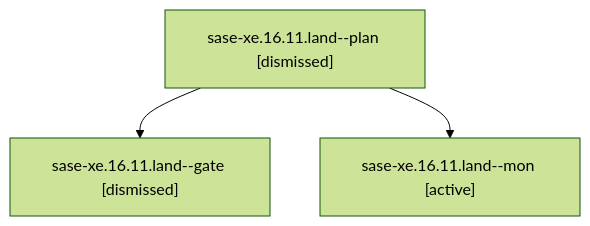
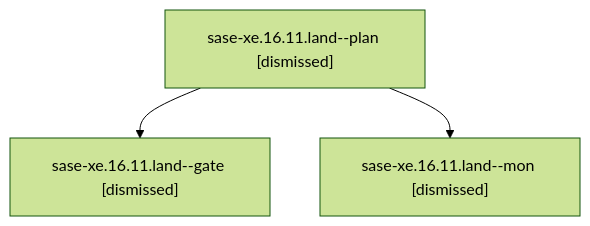
The diagram in sessions/bbugyi200.athena.sase-xe.16.11.land.md (sase-org/sase--agents), drawn with Mermaid (forest theme) before and after one commit. The commit also changed other lines of this file and 323 other files, not shown here.

````diff
--- a/sessions/bbugyi200.athena.sase-xe.16.11.land.md
+++ b/sessions/bbugyi200.athena.sase-xe.16.11.land.md
@@ -9,8 +9,8 @@
 ```mermaid
 flowchart TD
   n0["sase-xe.16.11.land--plan [dismissed]"]
   n1["sase-xe.16.11.land--gate [dismissed]"]
   n0 --> n1
-  n2["sase-xe.16.11.land--mon [active]"]
+  n2["sase-xe.16.11.land--mon [dismissed]"]
   n0 --> n2
 ```
````
